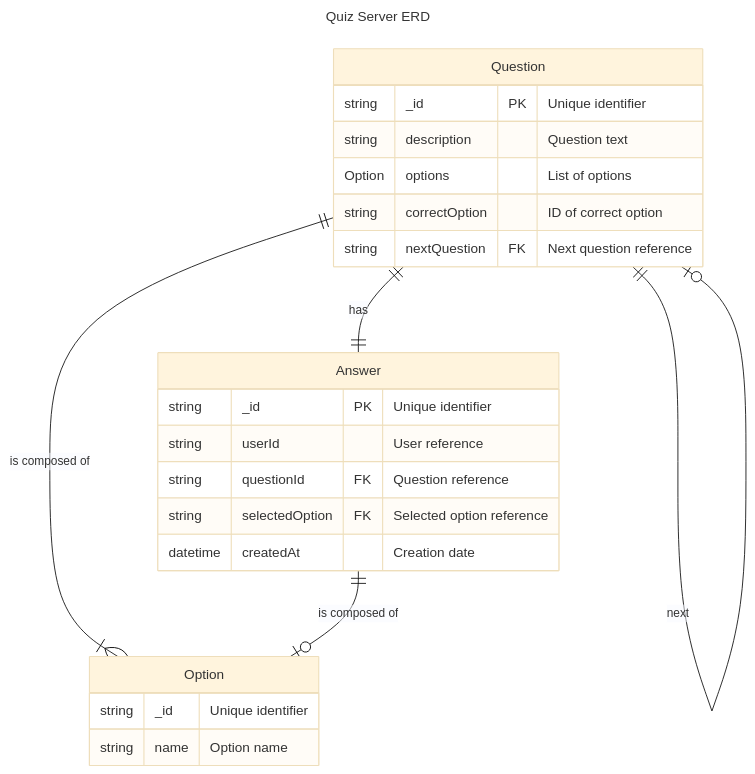
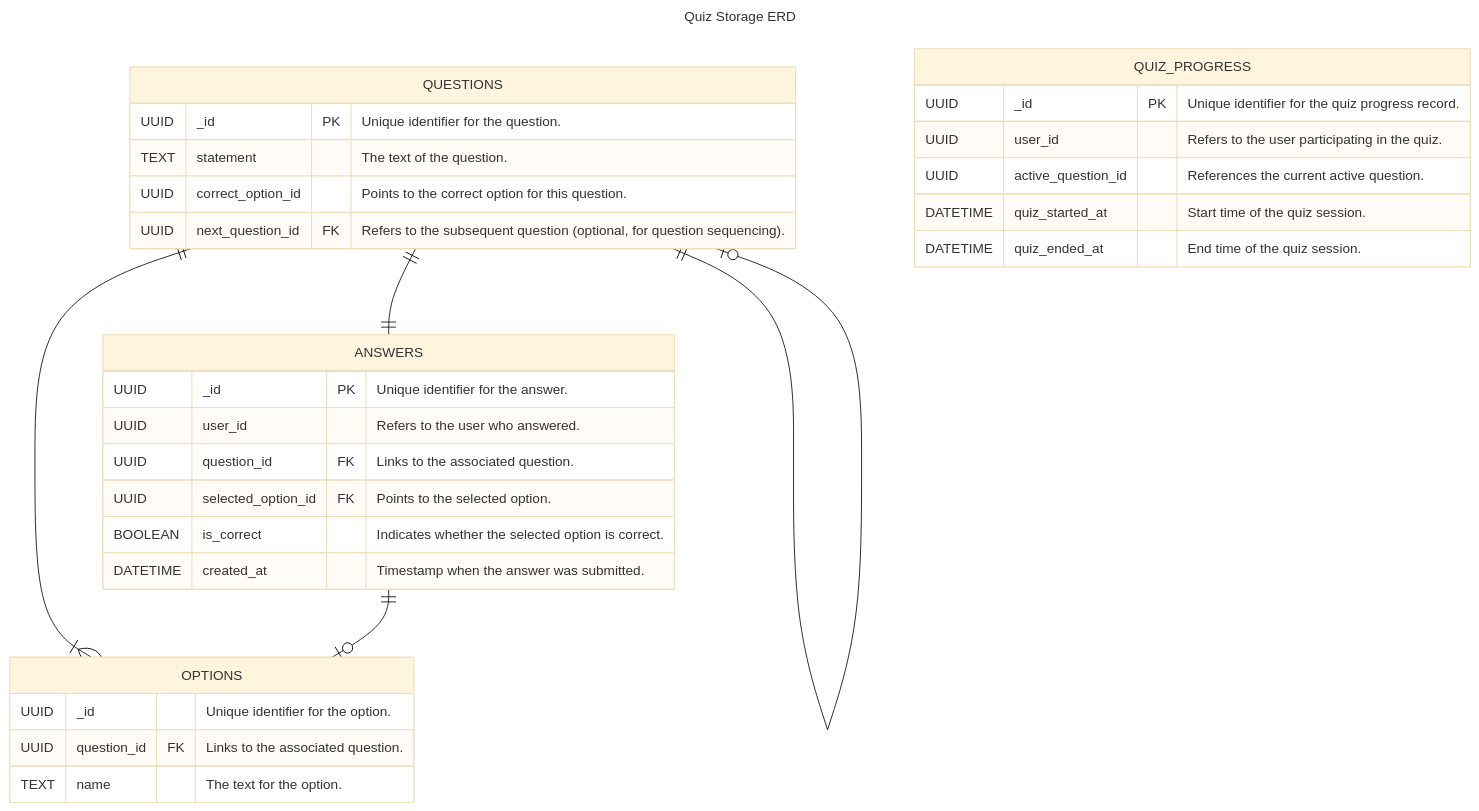
The first of 4 diagrams in specifications/quiz_backend_spec/quiz_backend_spec.md (TomasGazo/slsp-solution-design-demo), drawn with Mermaid before and after one commit. The commit also changed other lines of this file and 7 other files, not shown here.

````diff
--- a/specifications/quiz_backend_spec/quiz_backend_spec.md
+++ b/specifications/quiz_backend_spec/quiz_backend_spec.md
@@ -7,32 +9,41 @@
 ```mermaid
 ---
-title: Quiz Server ERD
+title: Quiz Storage ERD
 ---
 %%{init: {'theme':'base'}}%%
 erDiagram
-    Question {
-        string _id PK "Unique identifier"
-        string description "Question text"
-        Option options "List of options"
-        string correctOption "ID of correct option"
-        string nextQuestion FK "Next question reference"
+    QUESTIONS {
+        UUID _id PK "Unique identifier for the question."
+        TEXT statement "The text of the question."
+        UUID correct_option_id "Points to the correct option for this question."
+        UUID next_question_id FK "Refers to the subsequent question (optional, for question sequencing)."
     }
 
-    Option {
-        string _id "Unique identifier"
-        string name "Option name"
+    OPTIONS {
+        UUID _id "Unique identifier for the option."
+        UUID question_id FK "Links to the associated question."
+        TEXT name "The text for the option."
     }
 
-    Answer {
-        string _id PK "Unique identifier"
-        string userId "User reference"
-        string questionId FK "Question reference"
-        string selectedOption FK "Selected option reference"
-        datetime createdAt "Creation date"
+    ANSWERS {
+        UUID _id PK "Unique identifier for the answer."
+        UUID user_id "Refers to the user who answered."
+        UUID question_id FK "Links to the associated question."
+        UUID selected_option_id FK "Points to the selected option."
+        BOOLEAN is_correct "Indicates whether the selected option is correct."
+        DATETIME created_at "Timestamp when the answer was submitted."
     }
 
-    Question ||--|{ Option : "is composed of"
-    Question ||--|| Answer : "has"
-    Answer ||--o| Option : "is composed of"
-    Question ||--o| Question : "next"
+    QUIZ_PROGRESS {
+        UUID _id PK "Unique identifier for the quiz progress record."
+        UUID user_id "Refers to the user participating in the quiz."
+        UUID active_question_id "References the current active question."
+        DATETIME quiz_started_at "Start time of the quiz session."
+        DATETIME quiz_ended_at "End time of the quiz session."
+    }
+
+    QUESTIONS ||--|{ OPTIONS : ""
+    QUESTIONS ||--|| ANSWERS : ""
+    ANSWERS ||--o| OPTIONS : ""
+    QUESTIONS ||--o| QUESTIONS : ""
 ```
````
